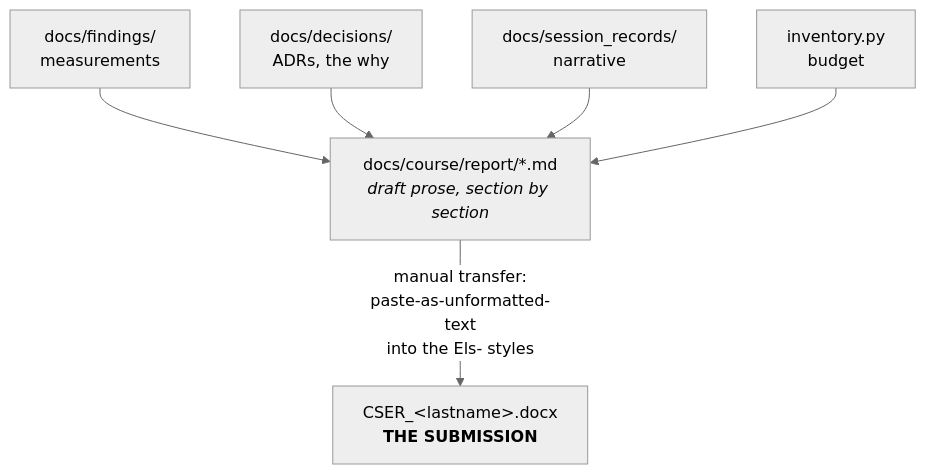
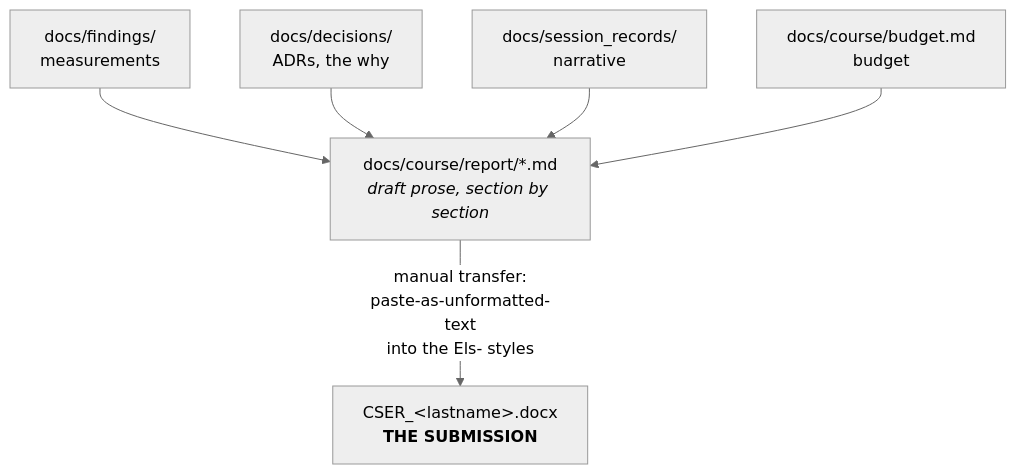
The diagram in docs/course/report/INDEX.md (erauredeyesociety/sys301_minesweeper), drawn with Mermaid (neutral theme) before and after one commit. The commit also changed 96 other files, not shown here.

````diff
--- a/docs/course/report/INDEX.md
+++ b/docs/course/report/INDEX.md
@@ -38,15 +38,15 @@
 ```mermaid
 flowchart TD
     F["docs/findings/<br/>measurements"]
     D["docs/decisions/<br/>ADRs, the why"]
     S["docs/session_records/<br/>narrative"]
-    I["inventory.py<br/>budget"]
+    I["docs/course/budget.md<br/>budget"]
     MD["docs/course/report/*.md<br/><i>draft prose, section by section</i>"]
     DOCX["CSER_&lt;lastname&gt;.docx<br/><b>THE SUBMISSION</b>"]
 
     F --> MD
     D --> MD
     S --> MD
     I --> MD
     MD -->|"manual transfer:<br/>paste-as-unformatted-text<br/>into the Els- styles"| DOCX
 ```
````
